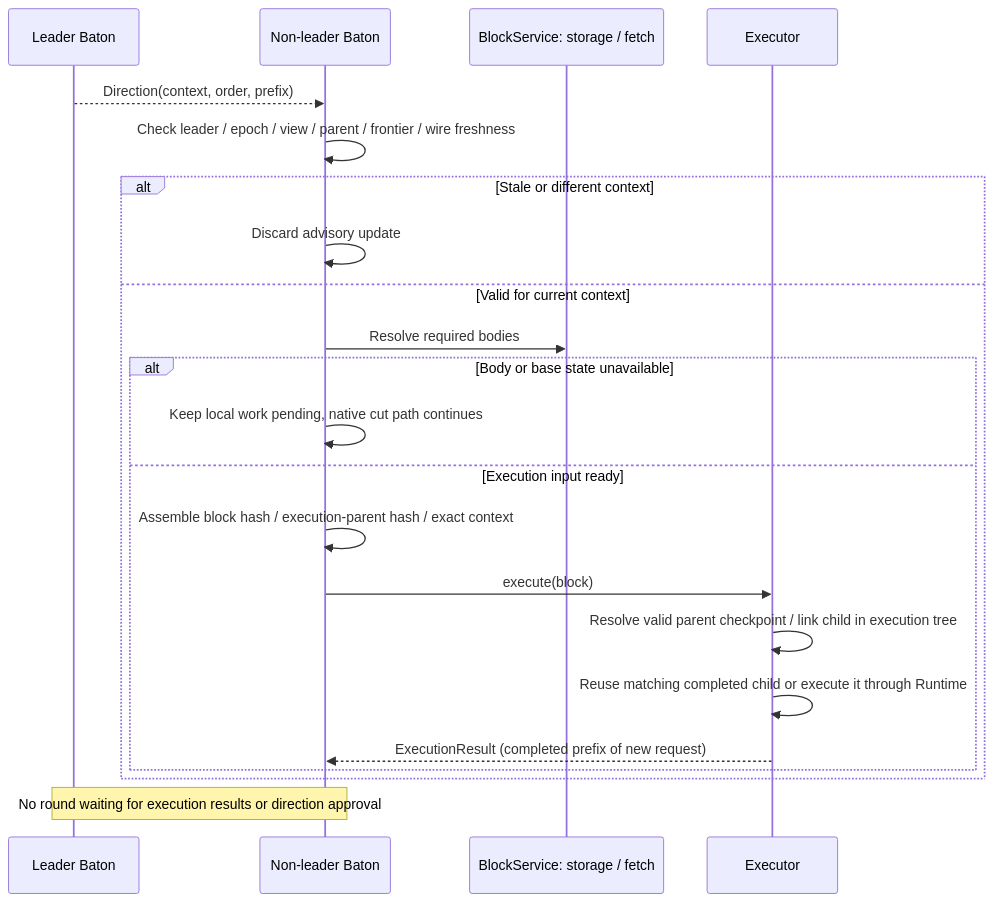
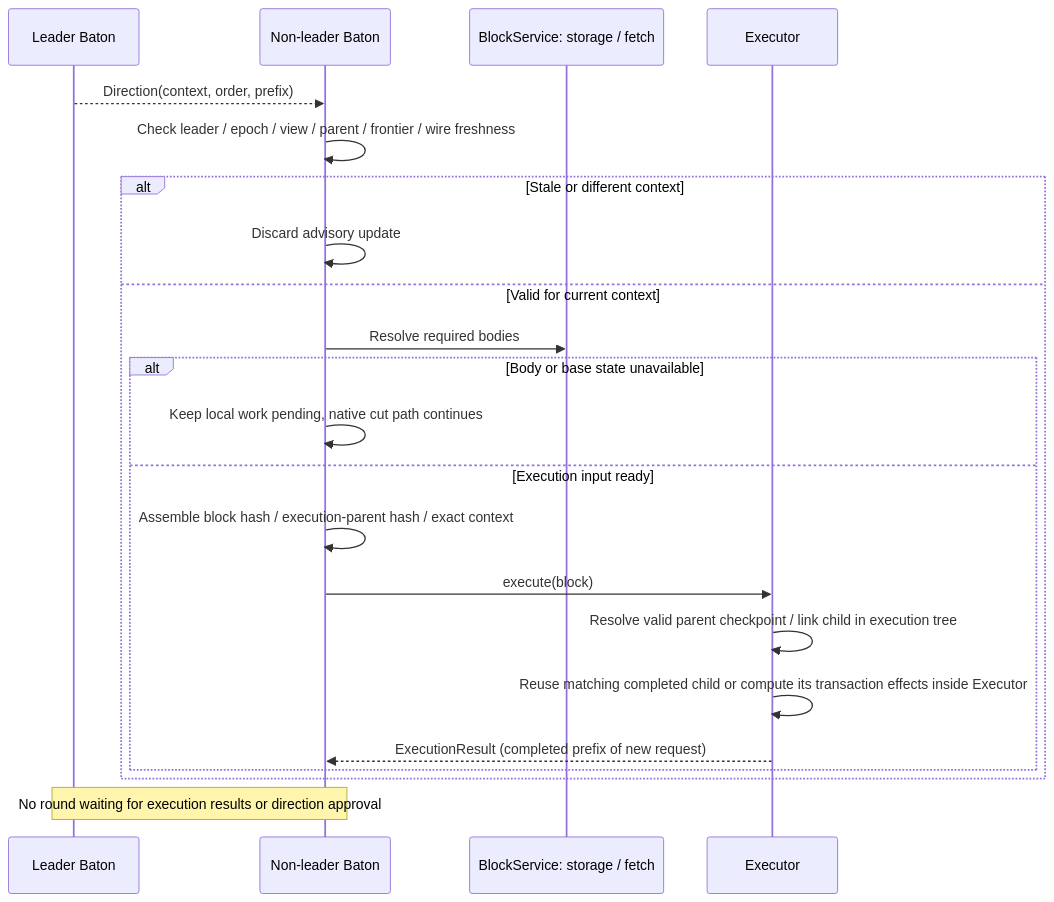
Before and after one commit to djm07073/baton-research: the diagram in docs/e2e/reschedule.md, drawn with Mermaid. The commit also changed 67 other files, not shown here.

````diff
--- a/docs/e2e/reschedule.md
+++ b/docs/e2e/reschedule.md
@@ -9,24 +9,24 @@
 ```mermaid
 sequenceDiagram
     participant L as Leader Baton
     participant B as Non-leader Baton
     participant S as BlockService: storage / fetch
     participant E as Executor
     L-->>B: Direction(context, order, prefix)
     B->>B: Check leader / epoch / view / parent / frontier / wire freshness
     alt Stale or different context
         B->>B: Discard advisory update
     else Valid for current context
         B->>S: Resolve required bodies
         alt Body or base state unavailable
             B->>B: Keep local work pending, native cut path continues
         else Execution input ready
             B->>B: Assemble block hash / execution-parent hash / exact context
             B->>E: execute(block)
             E->>E: Resolve valid parent checkpoint / link child in execution tree
-            E->>E: Reuse matching completed child or execute it through Runtime
+            E->>E: Reuse matching completed child or compute its transaction effects inside Executor
             E-->>B: ExecutionResult (completed prefix of new request)
         end
     end
     Note over L,B: No round waiting for execution results or direction approval
 ```
````
